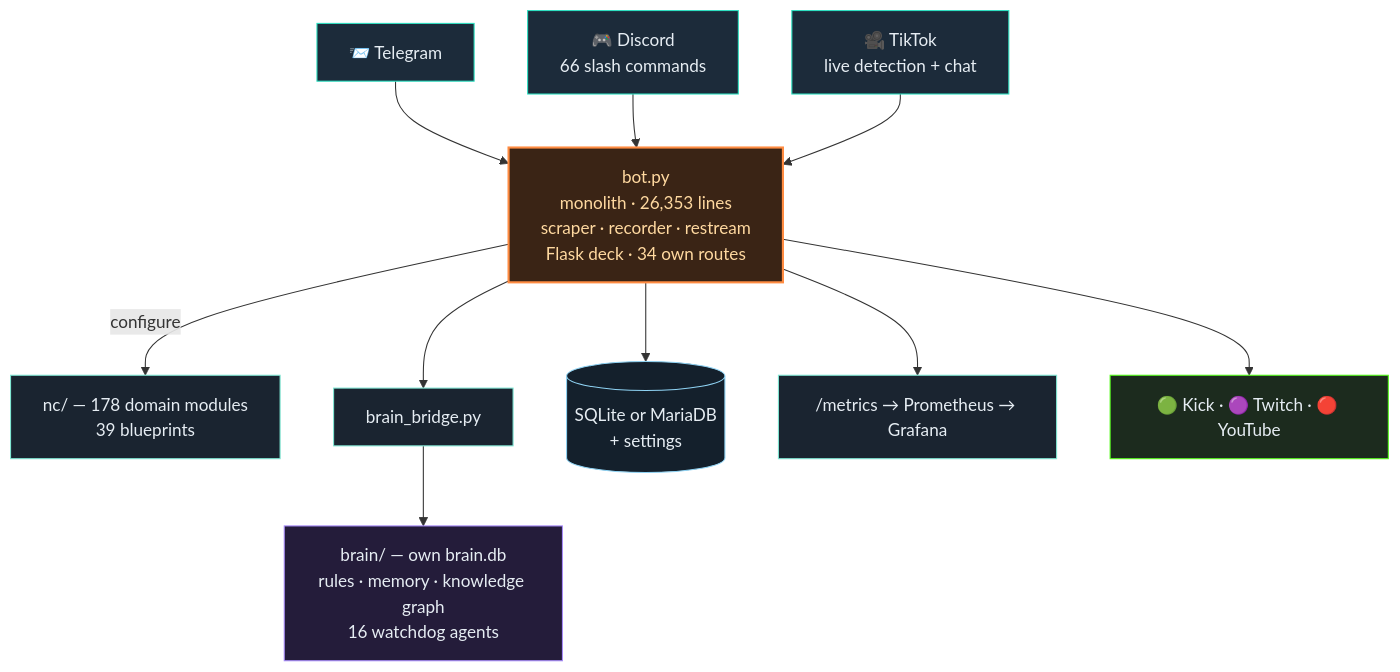
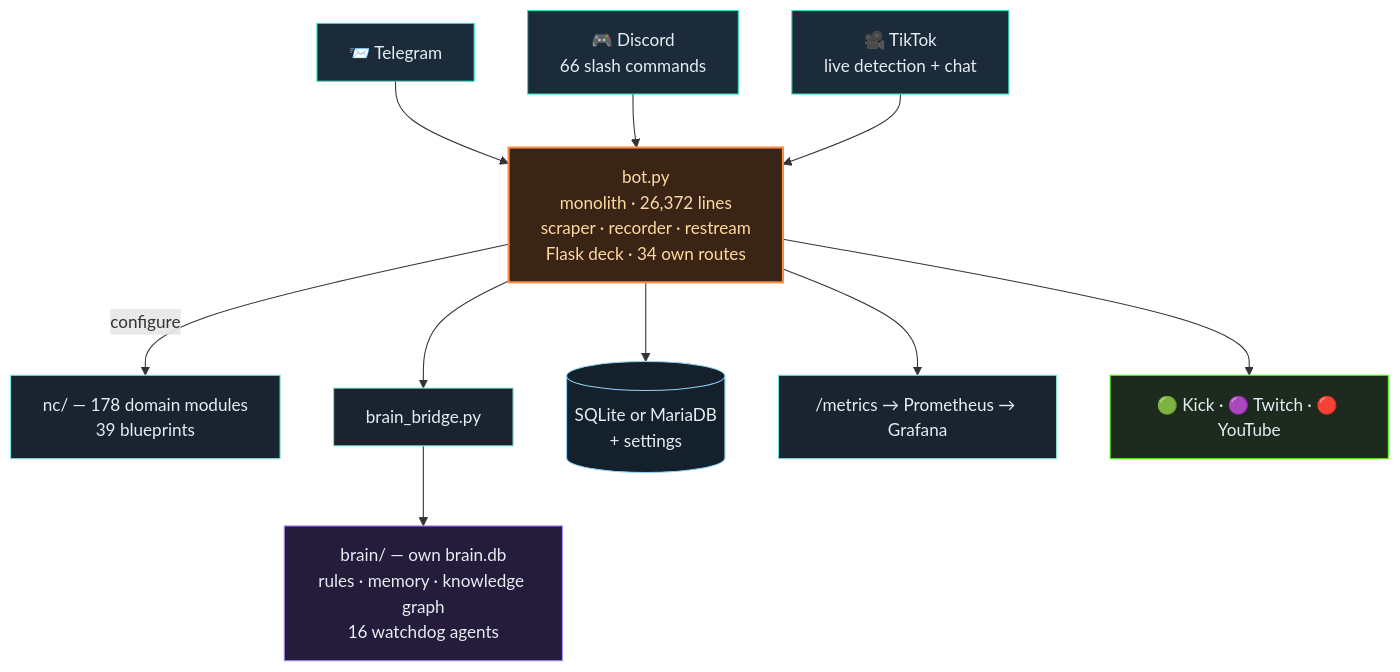
One commit to itsamemedev/Telegram-Stream-Info-Bot changed the second of 3 diagrams in README.en.md. Above: the diagram before and after it, drawn with Mermaid. The commit also changed other lines of this file and 16 other files, not shown here.

````diff
--- a/README.en.md
+++ b/README.en.md
@@ -119,19 +119,19 @@
 ```mermaid
 flowchart TB
     TG["📨 Telegram"]:::ein --> BOT
     DC["🎮 Discord<br/>66 slash commands"]:::ein --> BOT
     TT["🎥 TikTok<br/>live detection + chat"]:::ein --> BOT
-    BOT["bot.py<br/>monolith · 26,353 lines<br/>scraper · recorder · restream<br/>Flask deck · 34 own routes"]:::core
+    BOT["bot.py<br/>monolith · 26,372 lines<br/>scraper · recorder · restream<br/>Flask deck · 34 own routes"]:::core
     BOT -->|configure| NC["nc/ — 178 domain modules<br/>39 blueprints"]:::lib
     BOT --> BR["brain_bridge.py"]:::lib
     BR --> BRAIN["brain/ — own brain.db<br/>rules · memory · knowledge graph<br/>16 watchdog agents"]:::brain
     BOT --> DB[("SQLite or MariaDB<br/>+ settings")]:::db
     BOT --> PROM["/metrics → Prometheus → Grafana"]:::lib
     BOT --> OUT["🟢 Kick · 🟣 Twitch · 🔴 YouTube"]:::out
     classDef ein fill:#1c2b3a,stroke:#2de1c2,color:#e6edf3
     classDef core fill:#3a2415,stroke:#ff8c42,stroke-width:2px,color:#ffd9a0
     classDef lib fill:#1a2430,stroke:#7fe7d4,color:#e6edf3
     classDef brain fill:#241c3a,stroke:#a78bfa,color:#e6edf3
     classDef db fill:#14202c,stroke:#8fd3f4,color:#e6edf3
     classDef out fill:#1c2b1e,stroke:#53fc18,color:#e6edf3
 ```
````
